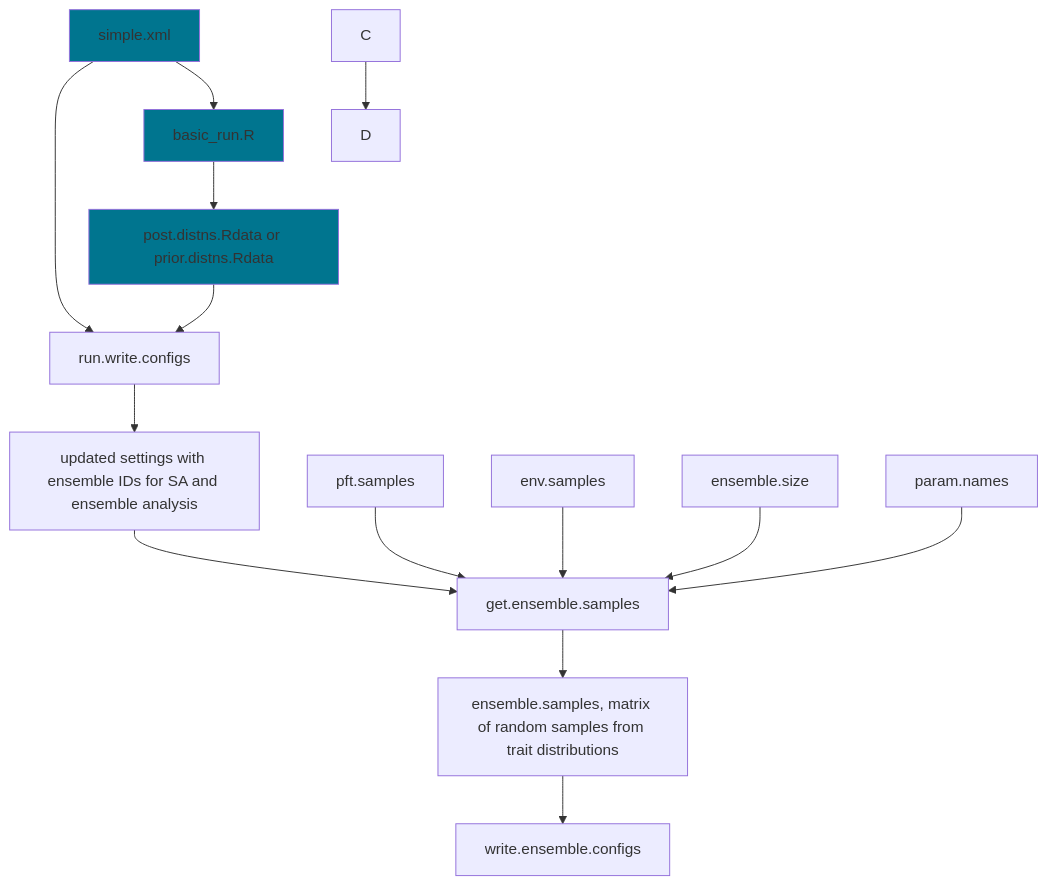
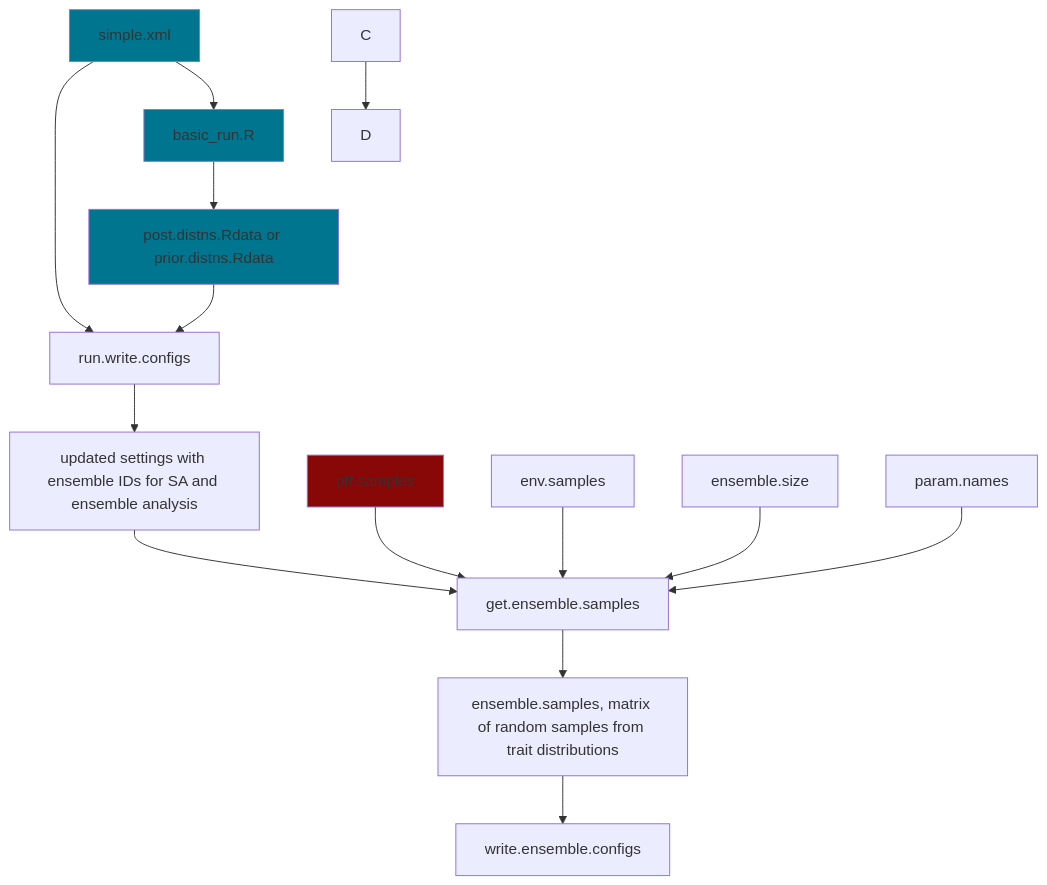
One commit to ecamo19/gsoc_project_2022_vm changed the diagram in README.md. Above: the diagram before and after it, drawn with Mermaid.

````diff
--- a/README.md
+++ b/README.md
@@ -50,22 +50,23 @@
 ```mermaid
   graph TD;
       simple.xml-->run.write.configs;
       simple.xml-->basic_run.R;
       basic_run.R-->posterior.files[post.distns.Rdata or prior.distns.Rdata];
       posterior.files[post.distns.Rdata or prior.distns.Rdata]-->run.write.configs;
       run.write.configs-->output_1[updated settings with ensemble IDs for SA and ensemble analysis ];
       output_1[updated settings with ensemble IDs for SA and ensemble analysis]-->get.ensemble.samples;
       input_get_ensemble_1[pft.samples]-->get.ensemble.samples;
       input_get_ensemble_2[env.samples]-->get.ensemble.samples;
       input_get_ensemble_3[ensemble.size]-->get.ensemble.samples;
       input_get_ensemble_4[param.names]-->get.ensemble.samples;
       get.ensemble.samples--> output_get_ensemble[ensemble.samples, matrix of random samples from trait distributions];
       output_get_ensemble[ensemble.samples, matrix of random samples from trait distributions]-->write.ensemble.configs;
       C-->D;
       
       style basic_run.R fill:#00758f
       style simple.xml fill:#00758f
       style posterior.files fill:#00758f
+      style input_get_ensemble_1 fill:#880808
             
       
 ```
````
